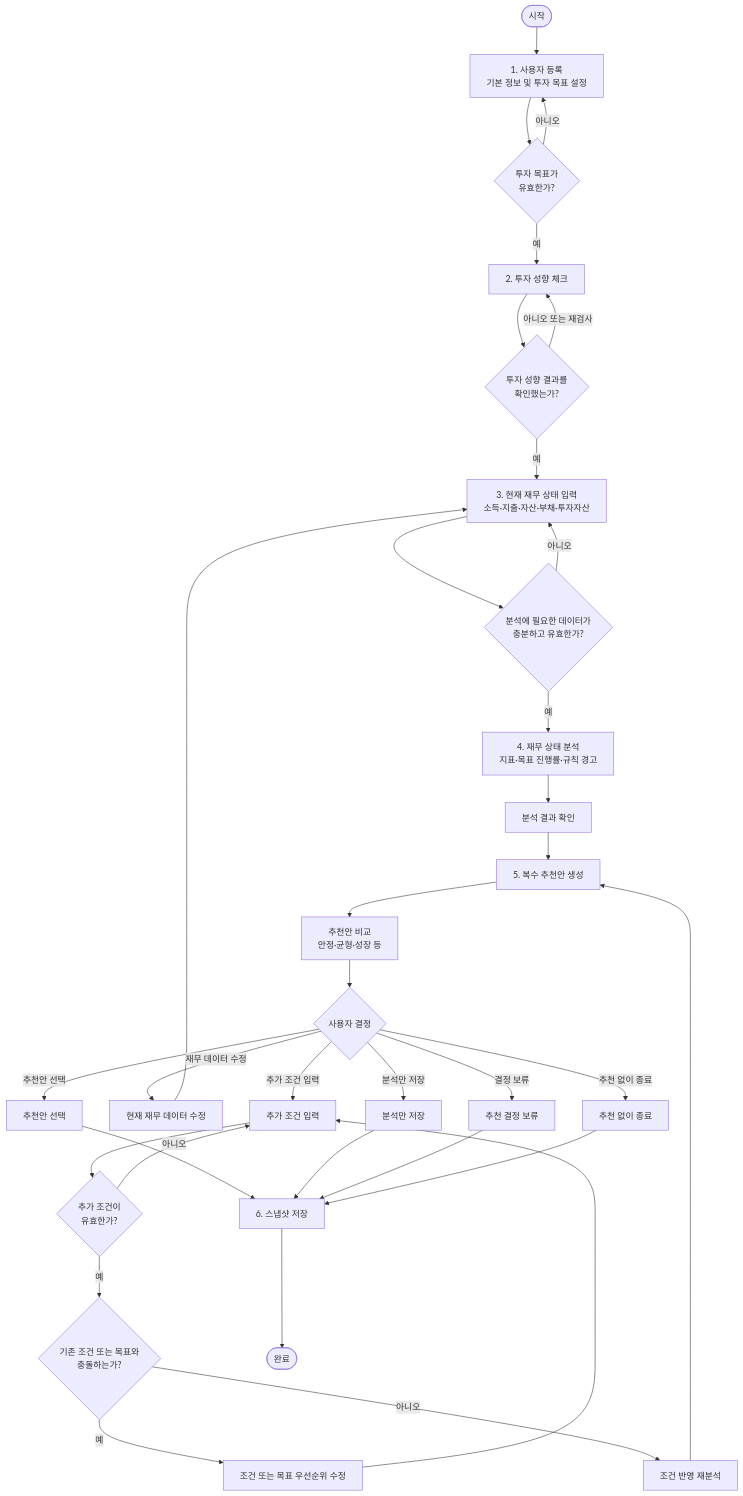
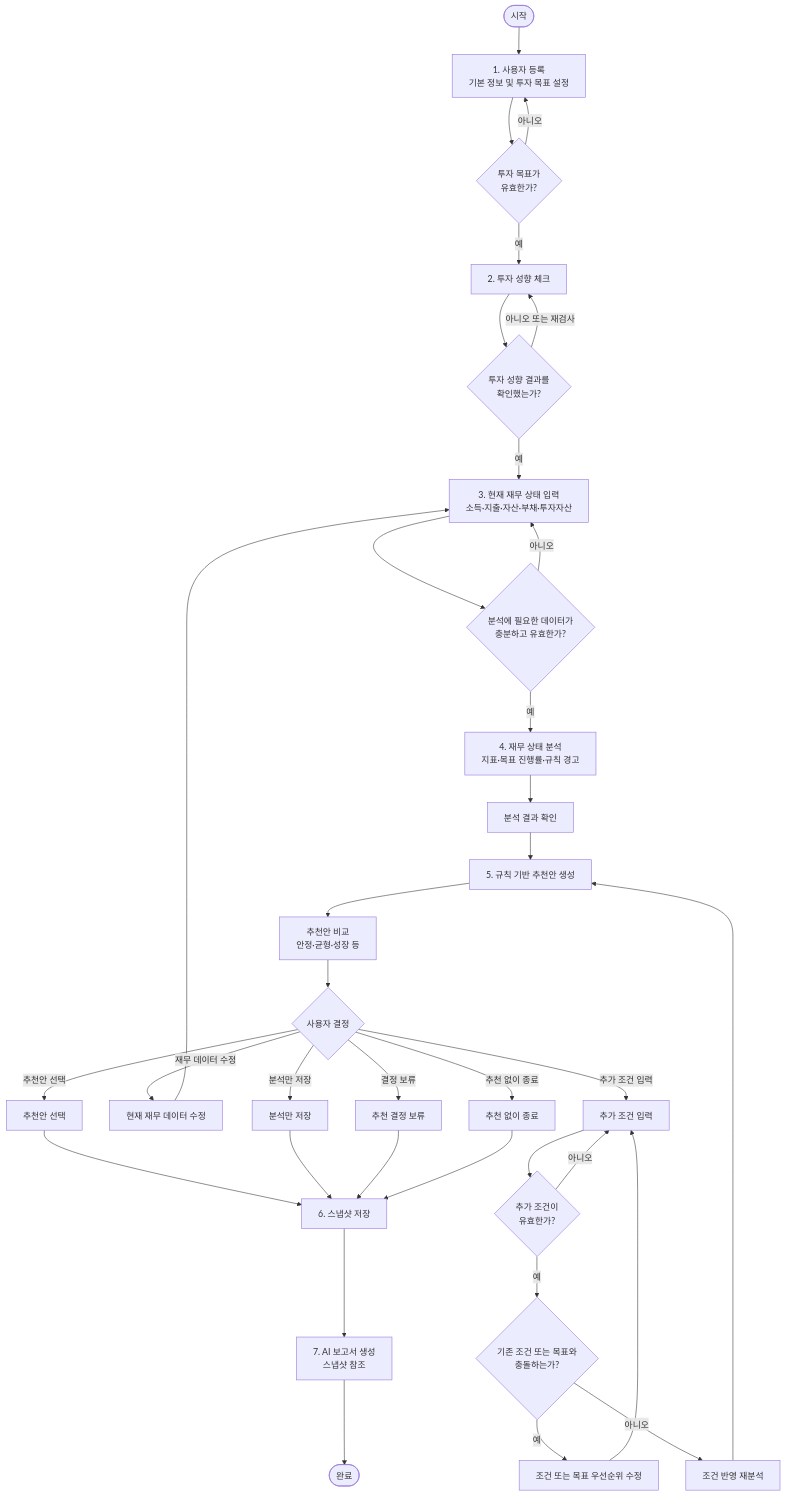
The first of 7 diagrams in docs/specifications/02-FLOW-CHART.md (xenric/personal-finance-copilot), drawn with Mermaid before and after one commit. The commit also changed other lines of this file and 10 other files, not shown here.

````diff
--- a/docs/specifications/02-FLOW-CHART.md
+++ b/docs/specifications/02-FLOW-CHART.md
@@ -13,80 +13,82 @@
 ```mermaid
 flowchart TD
     START([시작])
 
     REGISTER["1. 사용자 등록<br/>기본 정보 및 투자 목표 설정"]
     GOAL_VALIDATION{"투자 목표가<br/>유효한가?"}
 
     RISK_PROFILE["2. 투자 성향 체크"]
     RISK_CONFIRM{"투자 성향 결과를<br/>확인했는가?"}
 
     FINANCIAL_INPUT["3. 현재 재무 상태 입력<br/>소득·지출·자산·부채·투자자산"]
     DATA_VALIDATION{"분석에 필요한 데이터가<br/>충분하고 유효한가?"}
 
     ANALYSIS["4. 재무 상태 분석<br/>지표·목표 진행률·규칙 경고"]
     ANALYSIS_RESULT["분석 결과 확인"]
 
-    RECOMMENDATION["5. 복수 추천안 생성"]
+    RECOMMENDATION["5. 규칙 기반 추천안 생성"]
     OPTION_REVIEW["추천안 비교<br/>안정·균형·성장 등"]
     USER_DECISION{"사용자 결정"}
 
     ADD_CONDITION["추가 조건 입력"]
     CONDITION_VALIDATION{"추가 조건이<br/>유효한가?"}
     CONDITION_CONFLICT{"기존 조건 또는 목표와<br/>충돌하는가?"}
     RESOLVE_CONFLICT["조건 또는 목표 우선순위 수정"]
     REANALYSIS["조건 반영 재분석"]
 
     EDIT_DATA["현재 재무 데이터 수정"]
     SELECT_OPTION["추천안 선택"]
     ANALYSIS_ONLY["분석만 저장"]
     PENDING["추천 결정 보류"]
     CLOSE_NO_SELECTION["추천 없이 종료"]
 
     SNAPSHOT["6. 스냅샷 저장"]
+    AI_REPORT["7. AI 보고서 생성<br/>스냅샷 참조"]
     END([완료])
 
     START --> REGISTER
     REGISTER --> GOAL_VALIDATION
 
     GOAL_VALIDATION -- "아니오" --> REGISTER
     GOAL_VALIDATION -- "예" --> RISK_PROFILE
 
     RISK_PROFILE --> RISK_CONFIRM
     RISK_CONFIRM -- "아니오 또는 재검사" --> RISK_PROFILE
     RISK_CONFIRM -- "예" --> FINANCIAL_INPUT
 
     FINANCIAL_INPUT --> DATA_VALIDATION
     DATA_VALIDATION -- "아니오" --> FINANCIAL_INPUT
     DATA_VALIDATION -- "예" --> ANALYSIS
 
     ANALYSIS --> ANALYSIS_RESULT
     ANALYSIS_RESULT --> RECOMMENDATION
     RECOMMENDATION --> OPTION_REVIEW
     OPTION_REVIEW --> USER_DECISION
 
     USER_DECISION -- "추천안 선택" --> SELECT_OPTION
     USER_DECISION -- "추가 조건 입력" --> ADD_CONDITION
     USER_DECISION -- "재무 데이터 수정" --> EDIT_DATA
     USER_DECISION -- "분석만 저장" --> ANALYSIS_ONLY
     USER_DECISION -- "결정 보류" --> PENDING
     USER_DECISION -- "추천 없이 종료" --> CLOSE_NO_SELECTION
 
     EDIT_DATA --> FINANCIAL_INPUT
 
     ADD_CONDITION --> CONDITION_VALIDATION
     CONDITION_VALIDATION -- "아니오" --> ADD_CONDITION
     CONDITION_VALIDATION -- "예" --> CONDITION_CONFLICT
 
     CONDITION_CONFLICT -- "예" --> RESOLVE_CONFLICT
     RESOLVE_CONFLICT --> ADD_CONDITION
 
     CONDITION_CONFLICT -- "아니오" --> REANALYSIS
     REANALYSIS --> RECOMMENDATION
 
     SELECT_OPTION --> SNAPSHOT
     ANALYSIS_ONLY --> SNAPSHOT
     PENDING --> SNAPSHOT
     CLOSE_NO_SELECTION --> SNAPSHOT
 
-    SNAPSHOT --> END
+    SNAPSHOT --> AI_REPORT
+    AI_REPORT --> END
 ```
````
